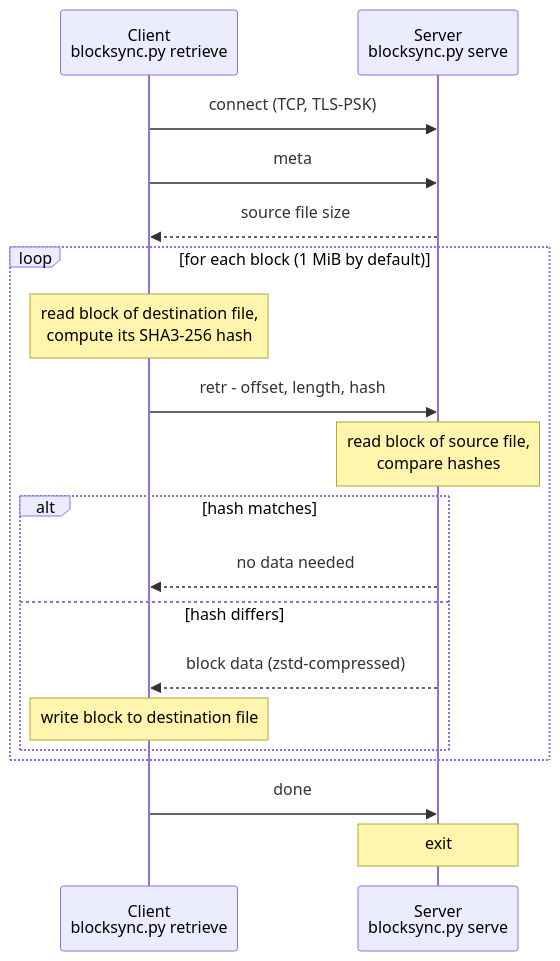
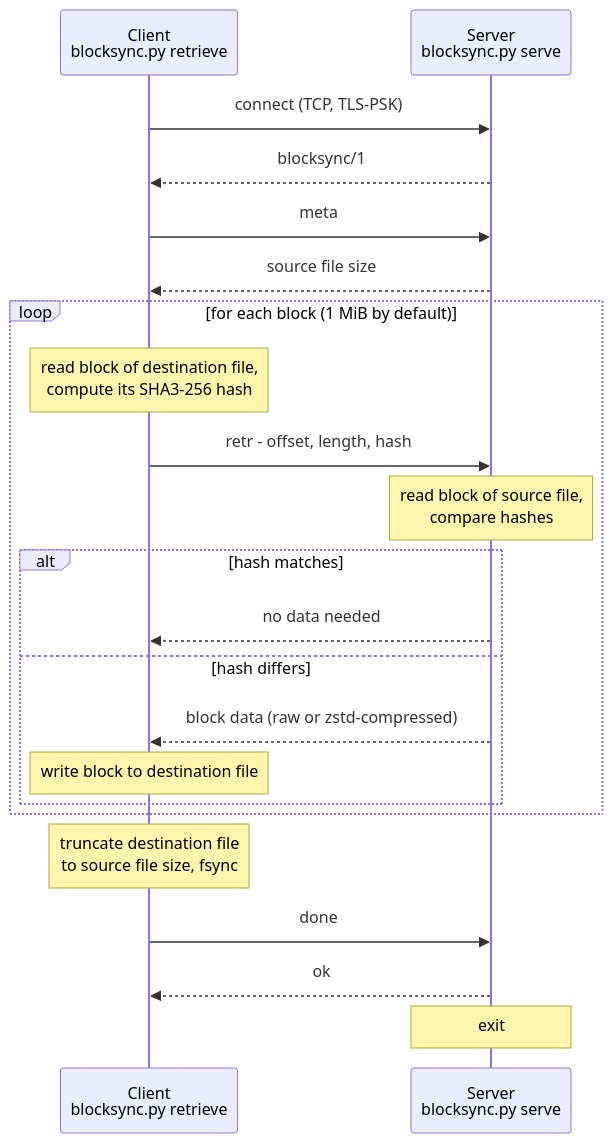
One commit to messa/blocksync changed the second of 2 diagrams in README.md. Above: the diagram before and after it, drawn with Mermaid. The commit also changed other lines of this file, not shown here.

Commit message:
README: make the sequence diagram match the protocol, clarify destination host
Claude-Session: https://claude.ai/code/session_01X4AYhfUQq9jHP8U2eomUdp

````diff
--- a/README.md
+++ b/README.md
@@ -234,21 +234,24 @@
 ```mermaid
 sequenceDiagram
-    participant T as Client<br/>blocksync.py retrieve
+    participant C as Client<br/>blocksync.py retrieve
     participant S as Server<br/>blocksync.py serve
-    T->>S: connect (TCP, TLS-PSK)
-    T->>S: meta
-    S-->>T: source file size
+    C->>S: connect (TCP, TLS-PSK)
+    S-->>C: blocksync/1
+    C->>S: meta
+    S-->>C: source file size
     loop for each block (1 MiB by default)
-        Note over T: read block of destination file,<br/>compute its SHA3-256 hash
-        T->>S: retr - offset, length, hash
+        Note over C: read block of destination file,<br/>compute its SHA3-256 hash
+        C->>S: retr - offset, length, hash
         Note over S: read block of source file,<br/>compare hashes
         alt hash matches
-            S-->>T: no data needed
+            S-->>C: no data needed
         else hash differs
-            S-->>T: block data (zstd-compressed)
-            Note over T: write block to destination file
+            S-->>C: block data (raw or zstd-compressed)
+            Note over C: write block to destination file
         end
     end
-    T->>S: done
+    Note over C: truncate destination file<br/>to source file size, fsync
+    C->>S: done
+    S-->>C: ok
     Note over S: exit
 ```
````
